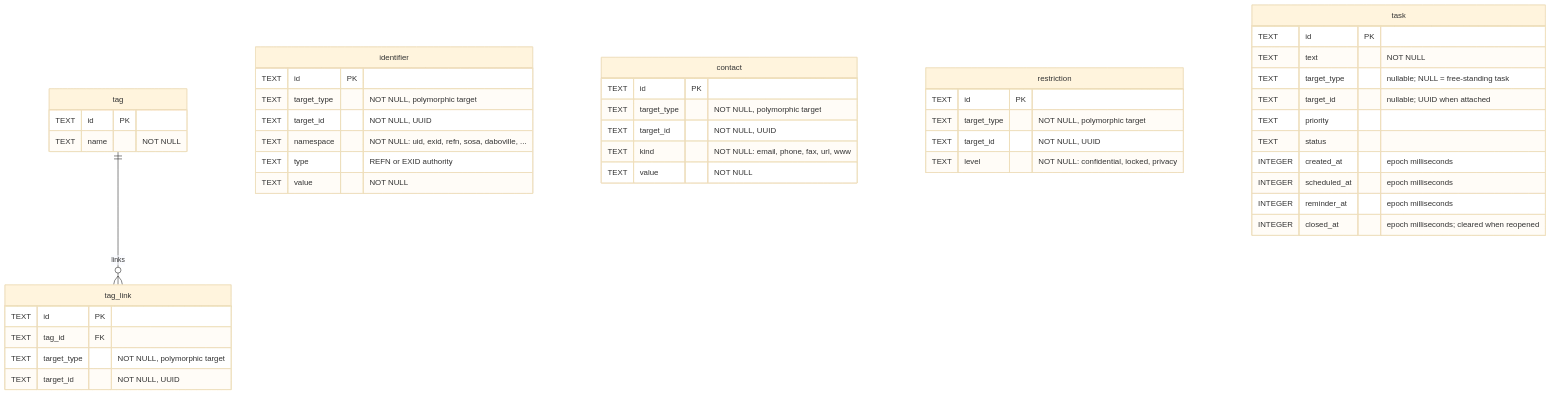
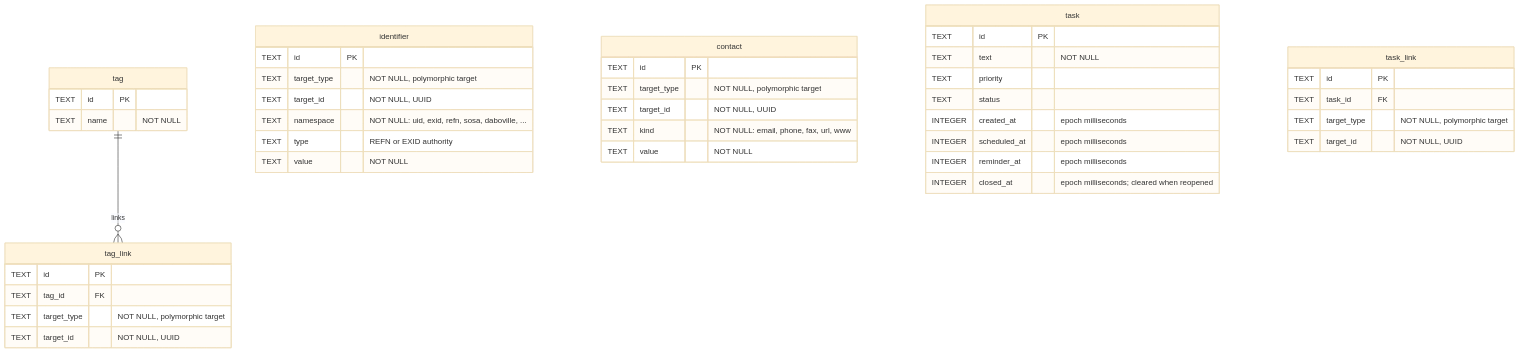
Before and after one commit to borisovodov/doru: diagram 12 of 12 in docs/db-schema.md, drawn with Mermaid (base theme). The commit also changed other lines of this file and 120 other files, not shown here.

````diff
--- a/docs/db-schema.md
+++ b/docs/db-schema.md
@@ -857,53 +856,51 @@
 ```mermaid
 erDiagram
     tag ||--o{ tag_link : "links"
 
     identifier {
         TEXT id PK
         TEXT target_type "NOT NULL, polymorphic target"
         TEXT target_id "NOT NULL, UUID"
         TEXT namespace "NOT NULL: uid, exid, refn, sosa, daboville, ..."
         TEXT type "REFN or EXID authority"
         TEXT value "NOT NULL"
     }
 
     contact {
         TEXT id PK
         TEXT target_type "NOT NULL, polymorphic target"
         TEXT target_id "NOT NULL, UUID"
         TEXT kind "NOT NULL: email, phone, fax, url, www"
         TEXT value "NOT NULL"
     }
 
-    restriction {
-        TEXT id PK
-        TEXT target_type "NOT NULL, polymorphic target"
-        TEXT target_id "NOT NULL, UUID"
-        TEXT level "NOT NULL: confidential, locked, privacy"
-    }
-
     tag {
         TEXT id PK
         TEXT name "NOT NULL"
     }
 
     tag_link {
         TEXT id PK
         TEXT tag_id FK
         TEXT target_type "NOT NULL, polymorphic target"
         TEXT target_id "NOT NULL, UUID"
     }
 
     task {
         TEXT id PK
         TEXT text "NOT NULL"
-        TEXT target_type "nullable; NULL = free-standing task"
-        TEXT target_id "nullable; UUID when attached"
         TEXT priority
         TEXT status
         INTEGER created_at "epoch milliseconds"
         INTEGER scheduled_at "epoch milliseconds"
         INTEGER reminder_at "epoch milliseconds"
         INTEGER closed_at "epoch milliseconds; cleared when reopened"
     }
+
+    task_link {
+        TEXT id PK
+        TEXT task_id FK
+        TEXT target_type "NOT NULL, polymorphic target"
+        TEXT target_id "NOT NULL, UUID"
+    }
 ```
````
